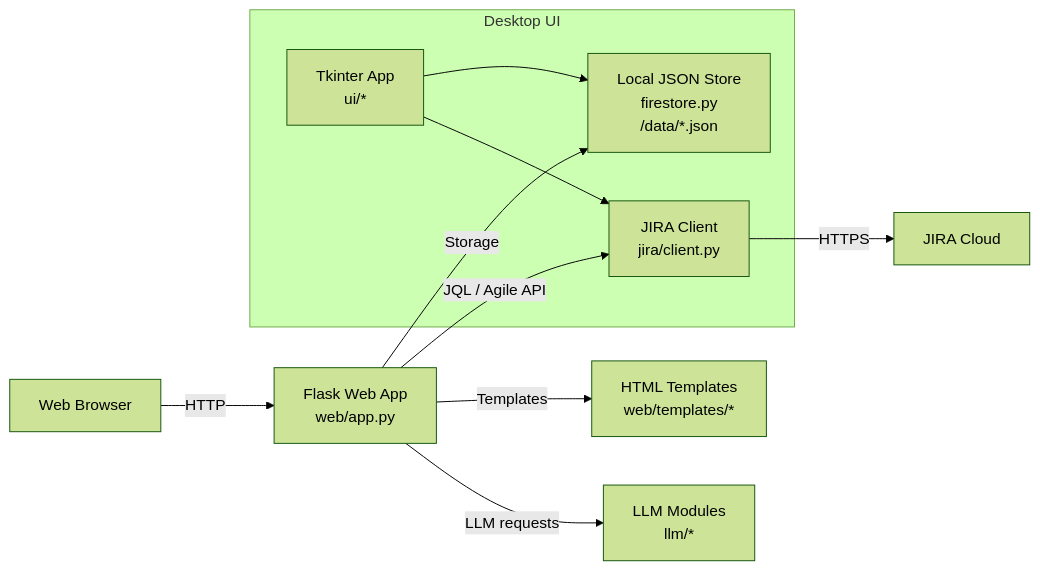
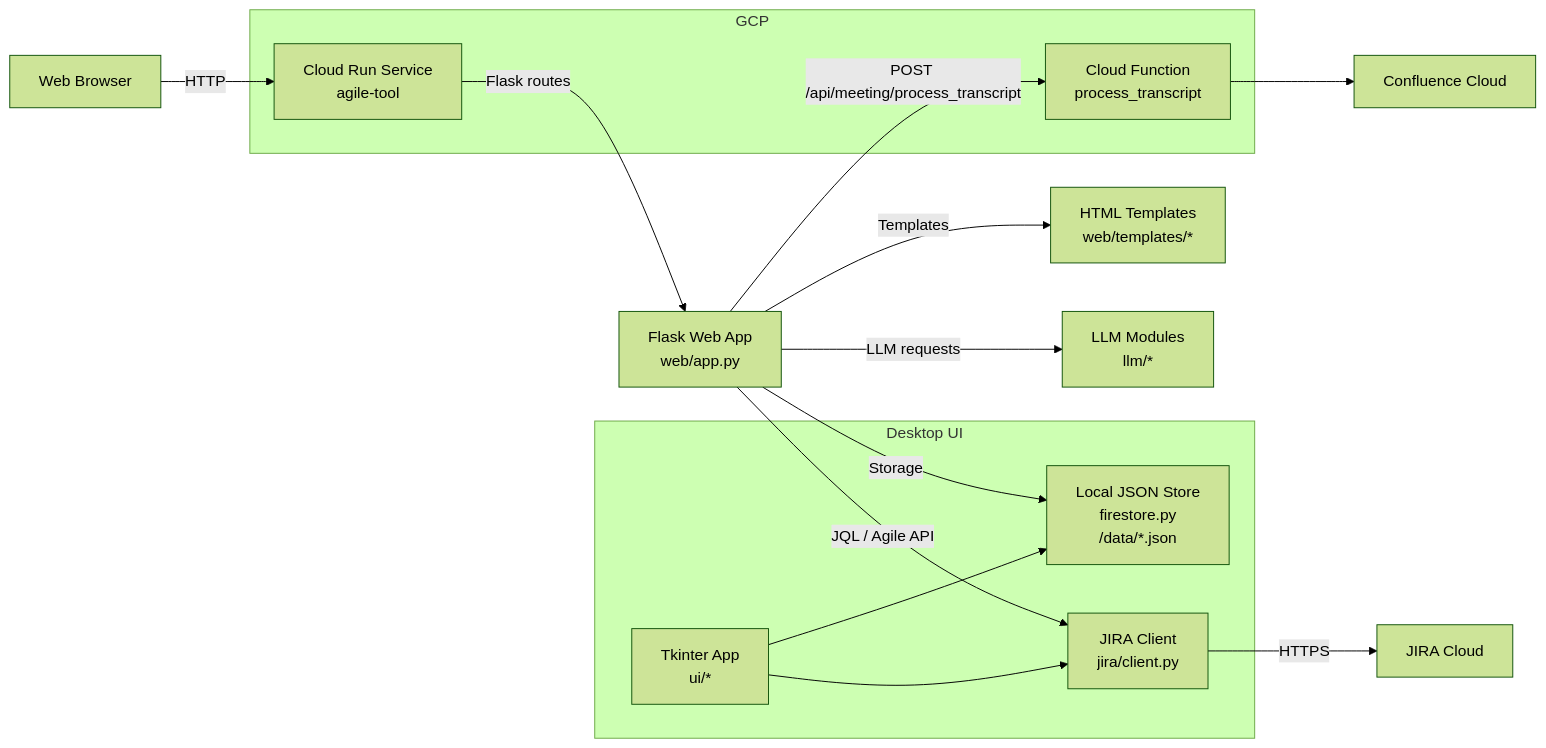
One commit to sijosehcl-dot/Agile_tool_utitity changed the diagram in README.md. Above: the diagram before and after it, drawn with Mermaid (forest theme).

Commit message:
Update README: include Cloud Run and Cloud Function in architecture

````diff
--- a/README.md
+++ b/README.md
@@ -13,14 +13,21 @@
 ```mermaid
 flowchart LR
-  Browser[Web Browser] -->|HTTP| FlaskApp[Flask Web App\nweb/app.py]
+  Browser[Web Browser] -->|HTTP| CloudRun[Cloud Run Service\nagile-tool]
+  CloudRun -->|Flask routes| FlaskApp[Flask Web App\nweb/app.py]
   FlaskApp -->|Templates| Templates[HTML Templates\nweb/templates/*]
   FlaskApp -->|Storage| Firestore[Local JSON Store\nfirestore.py\n/data/*.json]
   FlaskApp -->|JQL / Agile API| JiraClient[JIRA Client\njira/client.py]
   FlaskApp -->|LLM requests| LLM[LLM Modules\nllm/*]
+  FlaskApp -->|POST /api/meeting/process_transcript| CF[Cloud Function\nprocess_transcript]
+  CF --> Confluence[Confluence Cloud]
   subgraph Desktop UI
     TkApp[Tkinter App\nui/*]
     TkApp --> Firestore
     TkApp --> JiraClient
   end
+  subgraph GCP
+    CloudRun
+    CF
+  end
   JiraClient -->|HTTPS| Jira[JIRA Cloud]
 ```
````
